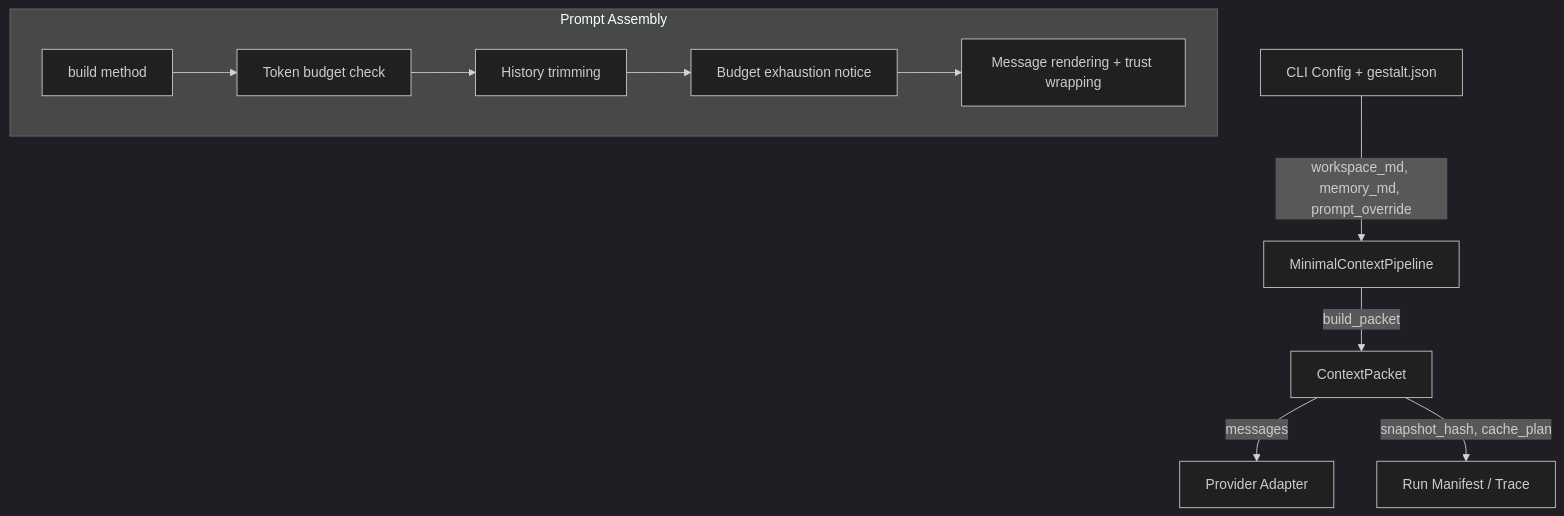
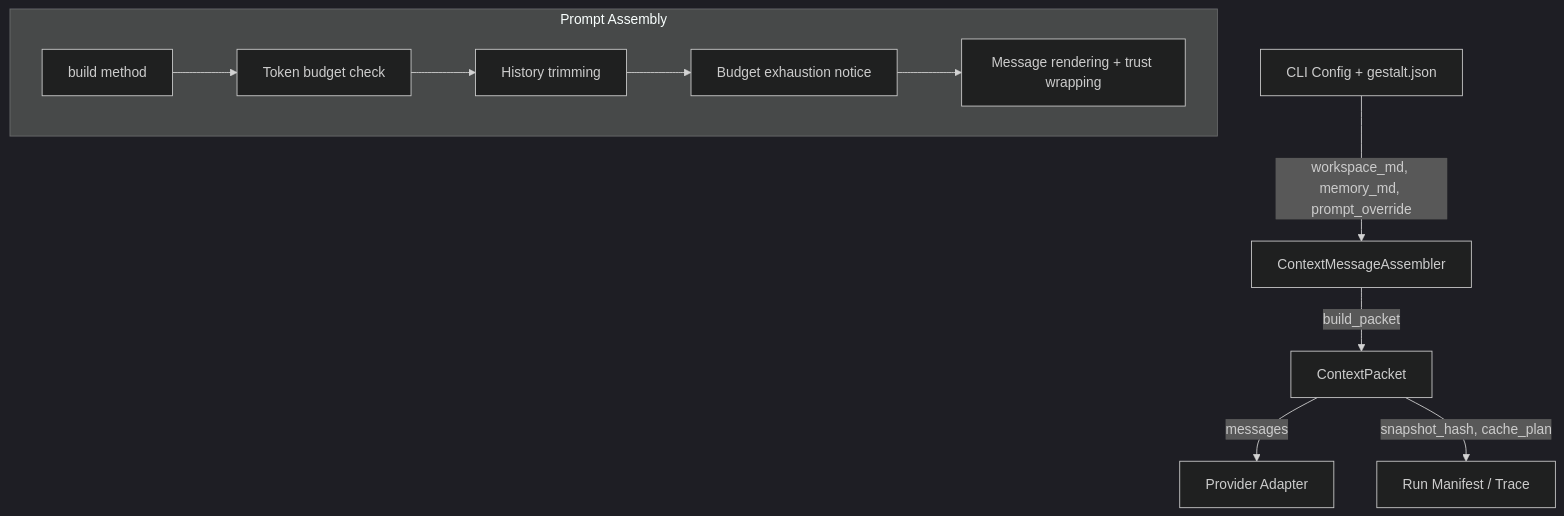
The diagram in crates/gestalt-context/README.md (woshi517/gestalt-harness), drawn with Mermaid (dark theme) before and after one commit. The commit also changed other lines of this file and 57 other files, not shown here.

First line of the commit message:
refactor/context pipeline session message (#21)

````diff
--- a/crates/gestalt-context/README.md
+++ b/crates/gestalt-context/README.md
@@ -11,14 +11,14 @@
 ```mermaid
 graph TD
-    Config[CLI Config + gestalt.json] -->|workspace_md, memory_md, prompt_override| Pipeline[MinimalContextPipeline]
+    Config[CLI Config + gestalt.json] -->|workspace_md, memory_md, prompt_override| Pipeline[ContextMessageAssembler]
     Pipeline -->|build_packet| ContextPacket[ContextPacket]
     ContextPacket -->|messages| Provider[Provider Adapter]
     ContextPacket -->|snapshot_hash, cache_plan| Trace[Run Manifest / Trace]
 
     subgraph Assembly[Prompt Assembly]
         Build[build method] --> Budget[Token budget check]
         Budget --> Trim[History trimming]
         Trim --> Notice[Budget exhaustion notice]
         Notice --> Render[Message rendering + trust wrapping]
     end
 ```
````
